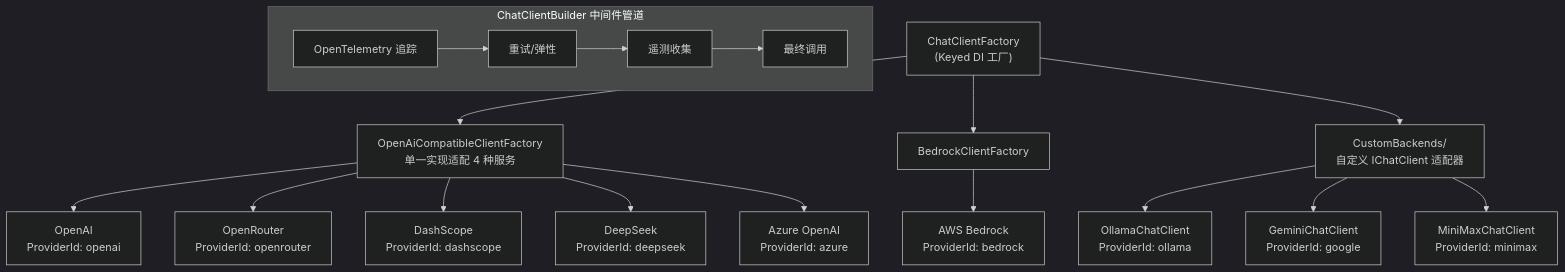
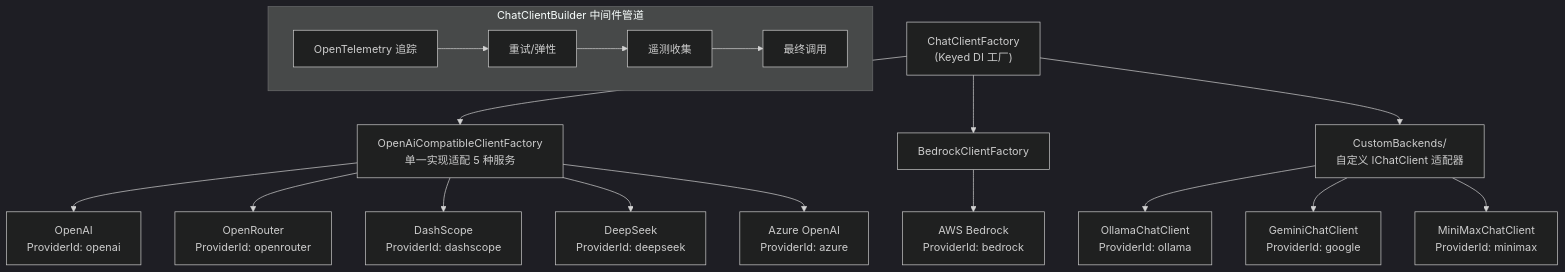
Before and after one commit to daohunliwei/Heimdall: diagram 12 of 16 in doc/architecture/architecture.md, drawn with Mermaid (dark theme). The commit also changed other lines of this file and 3 other files, not shown here.

````diff
--- a/doc/architecture/architecture.md
+++ b/doc/architecture/architecture.md
@@ -514,28 +515,28 @@
 ```mermaid
 graph TD
     FACTORY["ChatClientFactory<br/>(Keyed DI 工厂)"]
 
-    FACTORY --> OPENAI["OpenAiCompatibleClientFactory<br/>单一实现适配 4 种服务"]
+    FACTORY --> OPENAI["OpenAiCompatibleClientFactory<br/>单一实现适配 5 种服务"]
     FACTORY --> BEDROCK["BedrockClientFactory"]
     FACTORY --> CUSTOM["CustomBackends/<br/>自定义 IChatClient 适配器"]
 
     OPENAI --> OAI["OpenAI<br/>ProviderId: openai"]
     OPENAI --> OR["OpenRouter<br/>ProviderId: openrouter"]
     OPENAI --> DS["DashScope<br/>ProviderId: dashscope"]
     OPENAI --> DK["DeepSeek<br/>ProviderId: deepseek"]
     OPENAI --> AZ["Azure OpenAI<br/>ProviderId: azure"]
 
     BEDROCK --> AWS["AWS Bedrock<br/>ProviderId: bedrock"]
 
     CUSTOM --> OLLAMA["OllamaChatClient<br/>ProviderId: ollama"]
     CUSTOM --> GOOGLE["GeminiChatClient<br/>ProviderId: google"]
     CUSTOM --> MINIMAX["MiniMaxChatClient<br/>ProviderId: minimax"]
 
     subgraph PIPELINE["ChatClientBuilder 中间件管道"]
         OTEL["OpenTelemetry 追踪"]
         RETRY["重试/弹性"]
         TELEMETRY["遥测收集"]
         CALL["最终调用"]
         OTEL --> RETRY --> TELEMETRY --> CALL
     end
 ```
````
